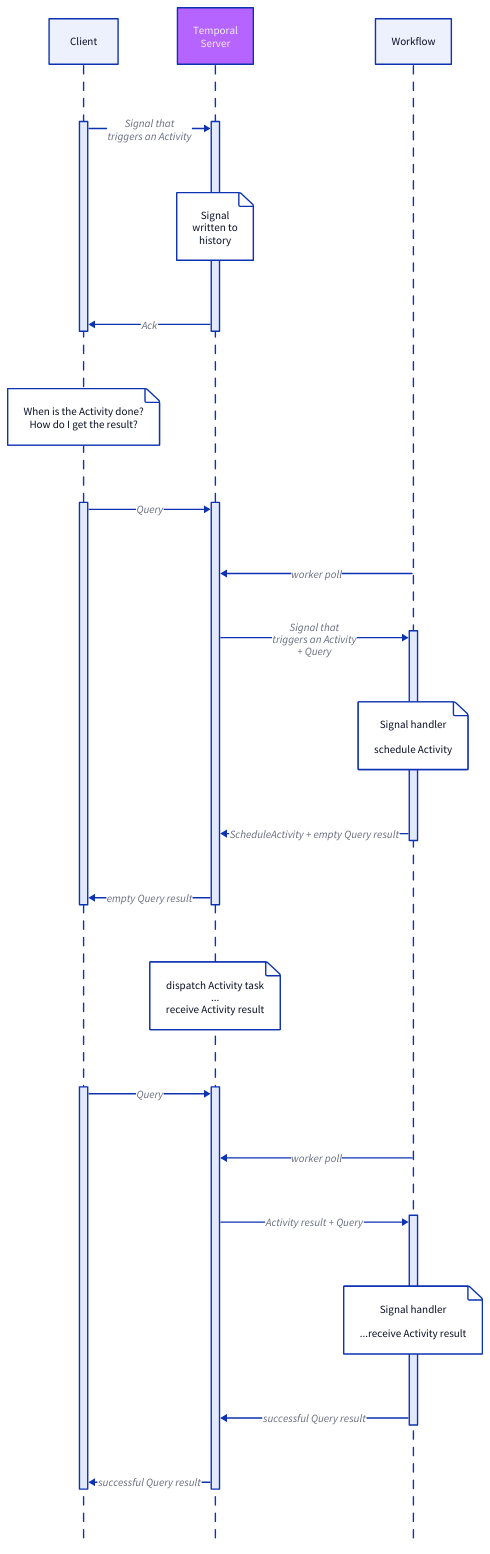
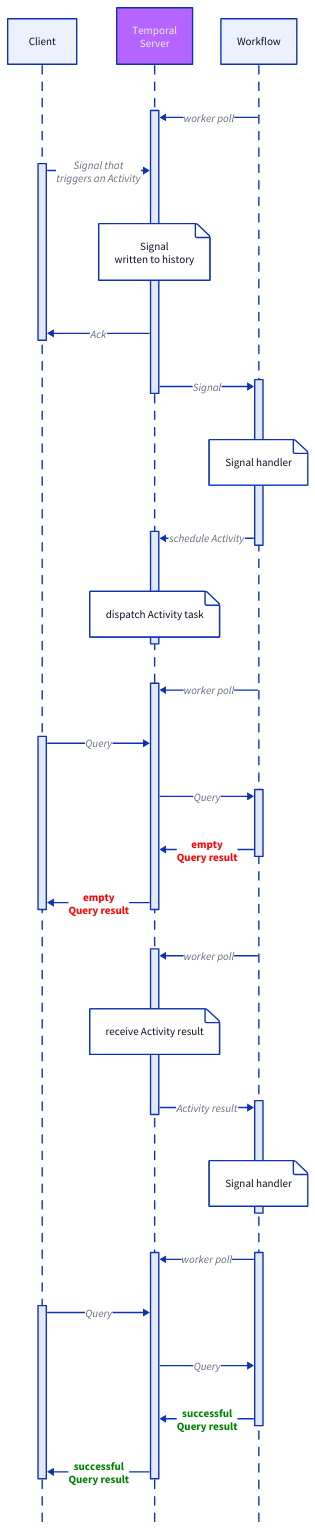
Before and after one commit to dandavison/temporalio-notes: the diagram in diagrams/update-blog-signal-query.d2, drawn with D2. The commit also changed 6 other files, not shown here.

Commit message:
blog post diagrams

```diff
--- a/diagrams/update-blog-signal-query.d2
+++ b/diagrams/update-blog-signal-query.d2
@@ -1,33 +1,54 @@
 shape: sequence_diagram
 
 C: {
   label: Client
 }
 S: {
   label: Temporal\nServer
 }
 W: {
   label: Workflow
 }
 S.style: {
   fill: "#B664FF"
   font-color: "#EEEEEE"
 }
 
+W -> S.1: worker poll
 C.1 -> S.1: Signal that\ntriggers an Activity
-S.1."Signal\nwritten to\nhistory"
+S.1."Signal\nwritten to history"
 S.1 -> C.1: Ack
-C."When is the Activity done?\nHow do I get the result?"
-C.2 -> S.2: Query
-W -> S.2: worker poll
-S.2 -> W.1: Signal that\ntriggers an Activity\n+ Query
-W.1."Signal handler\n\nschedule Activity"
-W.1 -> S.2: "ScheduleActivity + empty Query result"
-S.2 -> C.2: empty Query result
-S."dispatch Activity task\n...\nreceive Activity result"
-C.3 -> S.3: Query
+S.1 -> W.1: Signal
+W.1."Signal handler"
+W.1 -> S.2: schedule Activity
+S.2."dispatch Activity task"
+
 W -> S.3: worker poll
-S.3 -> W.2: Activity result + Query
-W.2."Signal handler\n\n...receive Activity result"
-W.2 -> S.3: "successful Query result"
-S.3 -> C.3: successful Query result
+C.2 -> S.3: Query
+S.3 -> W.2: Query
+W.2 -> S.3: empty\nQuery result {
+  style.font-color: red
+  style.bold: true
+}
+S.3 -> C.2: empty\nQuery result {
+  style.font-color: red
+  style.bold: true
+}
+
+W -> S.4: worker poll
+S."receive Activity result"
+
+S.4 -> W.3: Activity result
+W.3."Signal handler"
+
+W.4 -> S.5: worker poll
+C.3 -> S.5: Query
+S.5 -> W.4: Query
+W.4 -> S.5: successful\nQuery result {
+  style.font-color: green
+  style.bold: true
+}
+S.5 -> C.3: successful\nQuery result {
+  style.font-color: green
+  style.bold: true
+}
```
